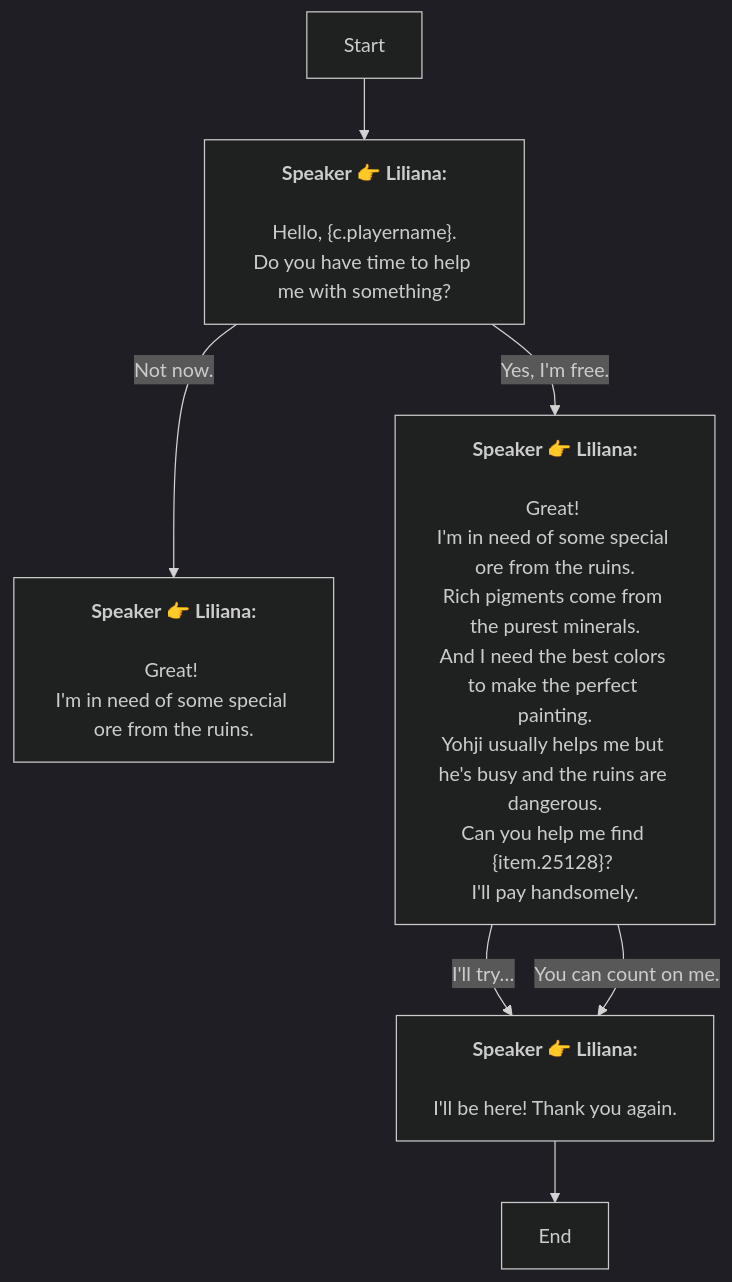
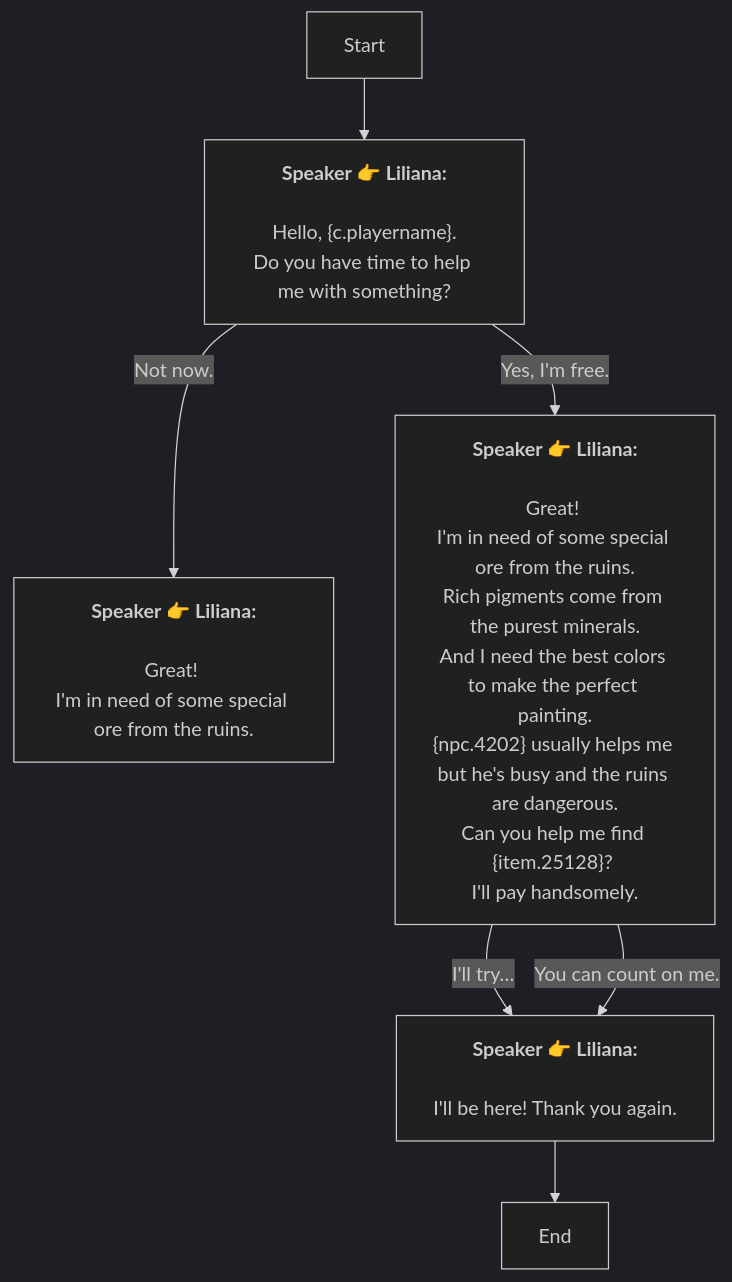
The diagram in En/Dialog_55274881943531.md (SoftHu/tos_avg), drawn with Mermaid (dark theme) before and after one commit. The commit also changed 730 other files, not shown here.

````diff
--- a/En/Dialog_55274881943531.md
+++ b/En/Dialog_55274881943531.md
@@ -1,20 +1,20 @@
 ```mermaid
 graph
 Start -->1768796755592191[<b>Speaker 👉 Liliana:</b>
 \nHello, &lbrace;c.playername&rbrace;.
 Do you have time to help me with something?]
 1768796755592191 -->|Not now.|1768801758507014[<b>Speaker 👉 Liliana:</b>
 \nGreat! 
 I'm in need of some special ore from the ruins.]
 1768796755592191 -->|Yes, I'm free.|1768799370779653[<b>Speaker 👉 Liliana:</b>
 \nGreat! 
 I'm in need of some special ore from the ruins.\nRich pigments come from the purest minerals.
-And I need the best colors to make the perfect painting.\nYohji usually helps me but he's busy and the ruins are dangerous.\nCan you help me find &lbrace;item.25128&rbrace;? 
+And I need the best colors to make the perfect painting.\n&lbrace;npc.4202&rbrace; usually helps me but he's busy and the ruins are dangerous.\nCan you help me find &lbrace;item.25128&rbrace;? 
 I'll pay handsomely.]
 1768799370779653 -->|I'll try…|1768801864766477[<b>Speaker 👉 Liliana:</b>
 \nI'll be here! Thank you again.]
 1768799370779653 -->|You can count on me.|1768801864766477[<b>Speaker 👉 Liliana:</b>
 \nI'll be here! Thank you again.]
 1768801864766477 -->1768796745671678[End]
 
 ```
````
